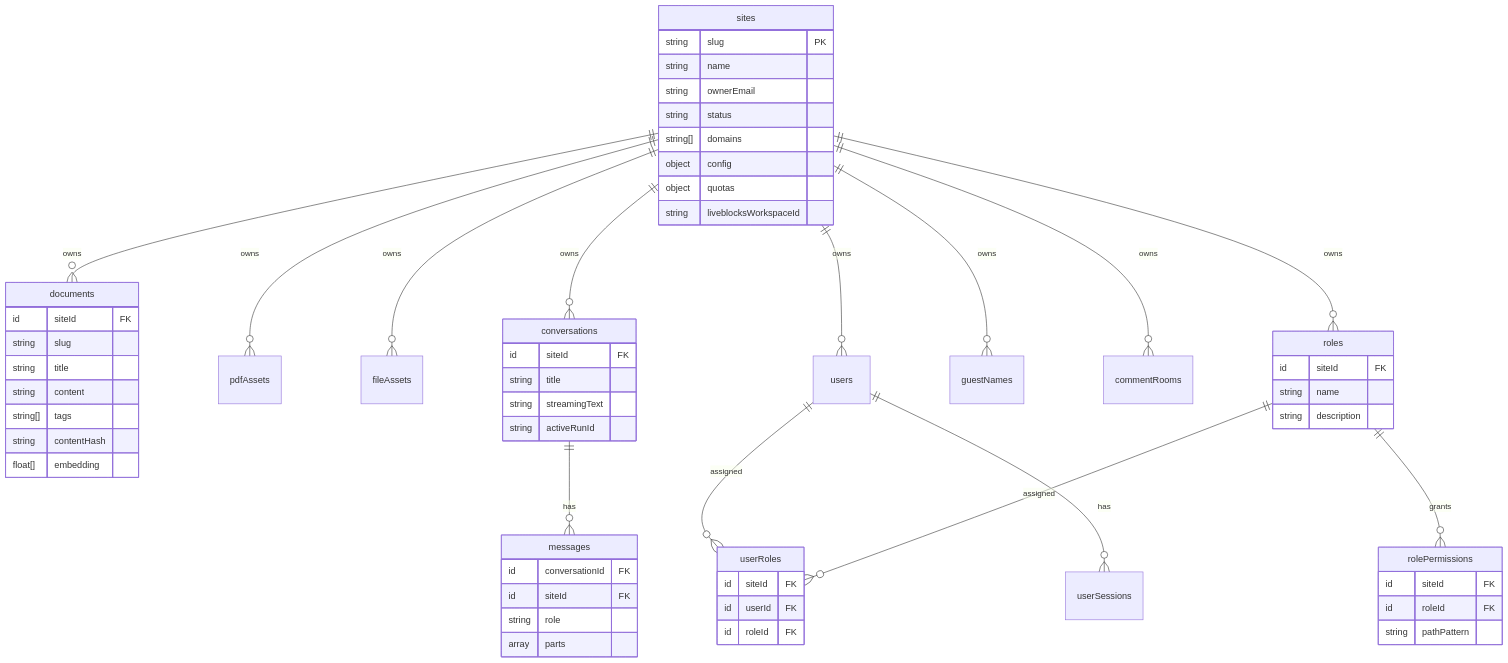
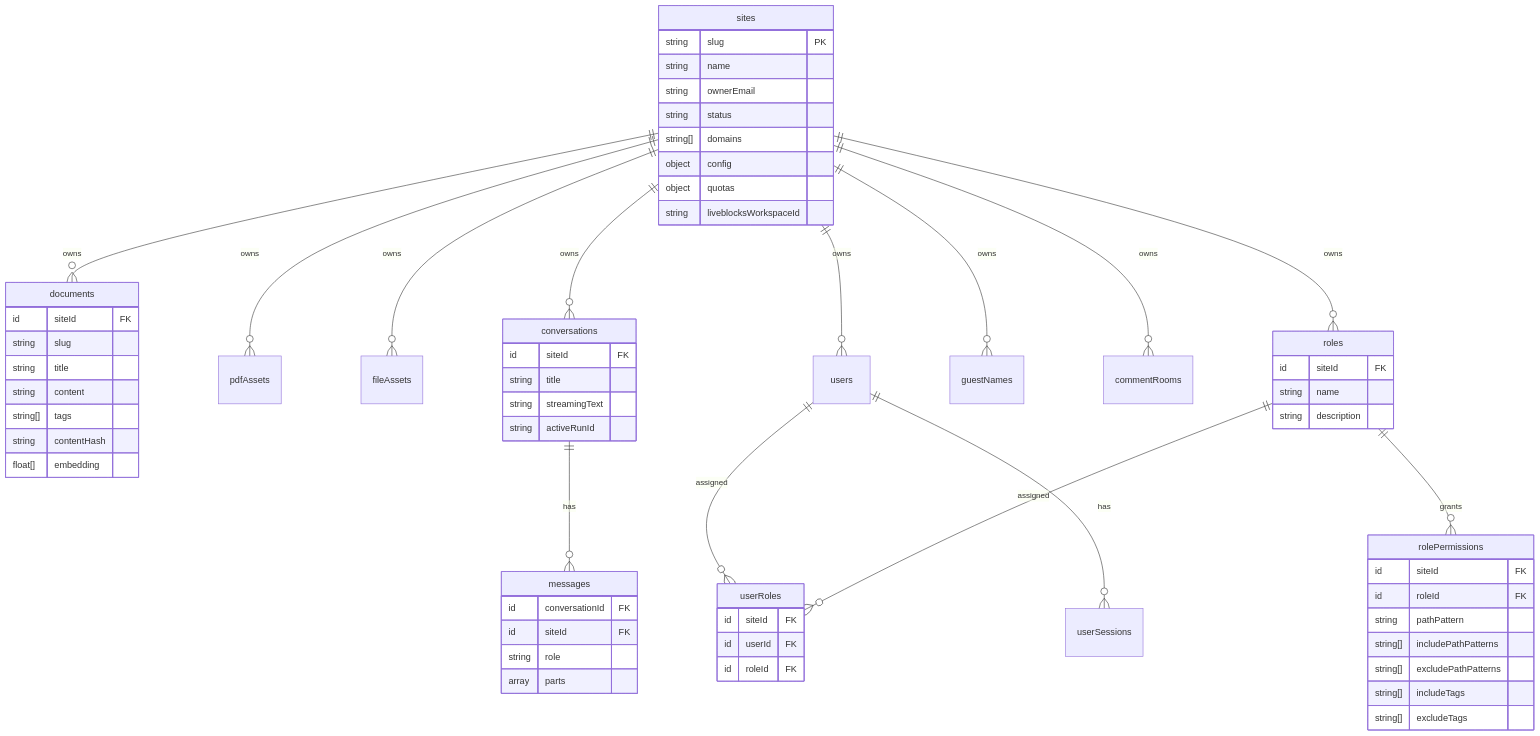
The first of 3 diagrams in web/docs/architecture/03-data-model.md (jasonLaster/oncobase), drawn with Mermaid before and after one commit. The commit also changed other lines of this file and 11 other files, not shown here.

Commit message:
Add include and exclude rules to RBAC roles (#211)

````diff
--- a/web/docs/architecture/03-data-model.md
+++ b/web/docs/architecture/03-data-model.md
@@ -7,63 +7,67 @@
 ```mermaid
 erDiagram
   sites ||--o{ documents       : owns
   sites ||--o{ pdfAssets       : owns
   sites ||--o{ fileAssets      : owns
   sites ||--o{ conversations   : owns
   sites ||--o{ users           : owns
   sites ||--o{ guestNames      : owns
   sites ||--o{ commentRooms    : owns
   sites ||--o{ roles           : owns
   roles ||--o{ rolePermissions : grants
   users ||--o{ userRoles       : assigned
   roles ||--o{ userRoles       : assigned
   conversations ||--o{ messages : has
   users ||--o{ userSessions    : has
 
   sites {
     string slug PK
     string name
     string ownerEmail
     string status
     string[] domains
     object config
     object quotas
     string liveblocksWorkspaceId
   }
   documents {
     id siteId FK
     string slug
     string title
     string content
     string[] tags
     string contentHash
     float[] embedding
   }
   conversations {
     id siteId FK
     string title
     string streamingText
     string activeRunId
   }
   messages {
     id conversationId FK
     id siteId FK
     string role
     array parts
   }
   roles {
     id siteId FK
     string name
     string description
   }
   rolePermissions {
     id siteId FK
     id roleId FK
     string pathPattern
+    string[] includePathPatterns
+    string[] excludePathPatterns
+    string[] includeTags
+    string[] excludeTags
   }
   userRoles {
     id siteId FK
     id userId FK
     id roleId FK
   }
 ```
````
